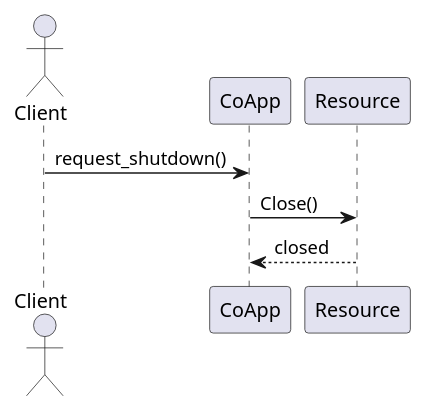
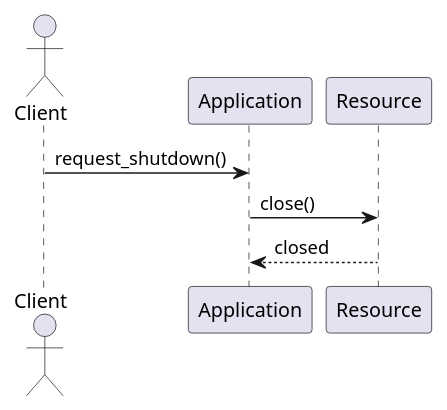
One commit to yqm-307/bbt-agent-toolkit changed the diagram in skills/coding-style/coding-documentation/references/diagrams.md. Above: the diagram before and after it, drawn with PlantUML. The commit also changed 81 other files, not shown here.

````diff
--- a/skills/coding-style/coding-documentation/references/diagrams.md
+++ b/skills/coding-style/coding-documentation/references/diagrams.md
@@ -39,8 +39,8 @@
 ```plantuml
 @startuml
 actor Client
-Client -> CoApp : request_shutdown()
-CoApp -> Resource : Close()
-Resource --> CoApp : closed
+Client -> Application : request_shutdown()
+Application -> Resource : close()
+Resource --> Application : closed
 @enduml
 ```
````
